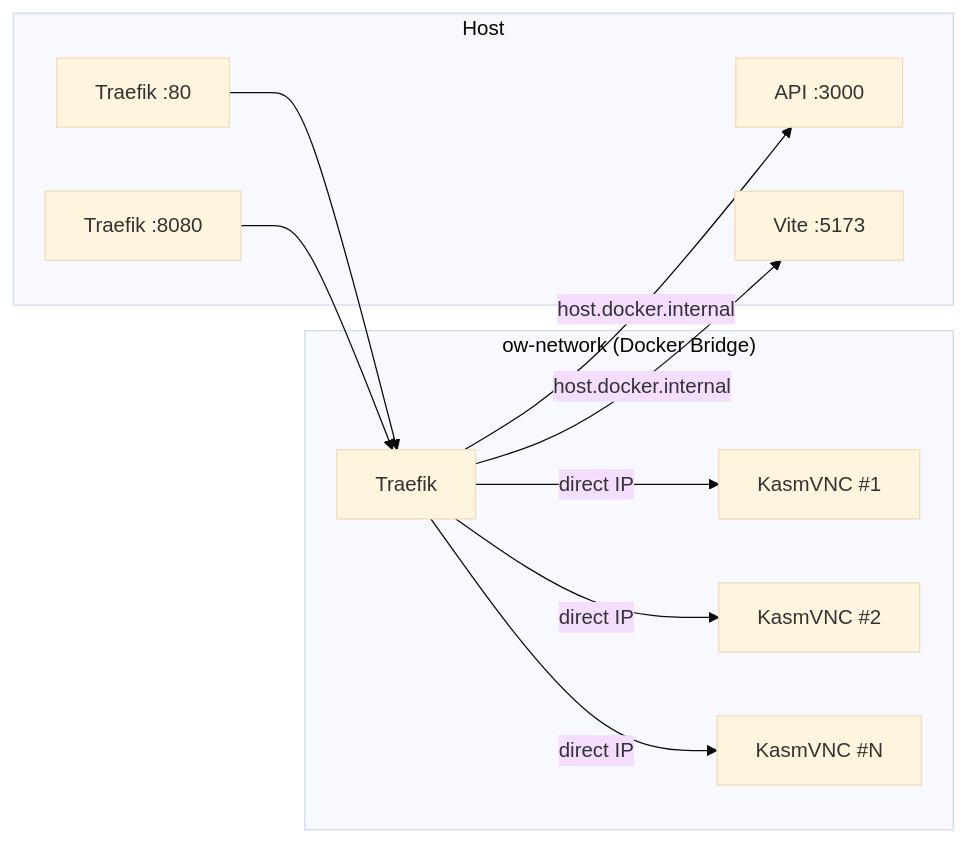
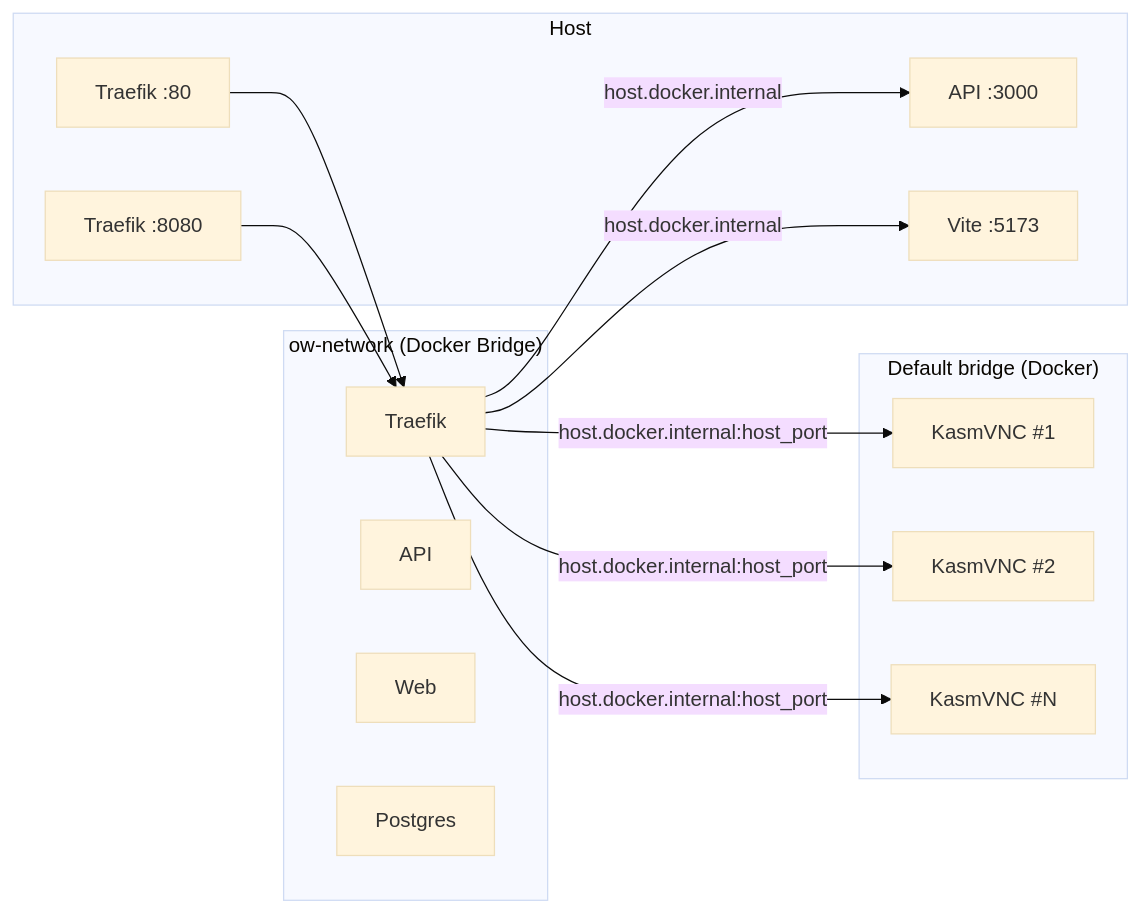
The sixth of 7 diagrams in docs/architecture.md (TsukiSama9292/OpenWorkspace-Engine), drawn with Mermaid (base theme) before and after one commit. The commit also changed other lines of this file and 69 other files, not shown here.

````diff
--- a/docs/architecture.md
+++ b/docs/architecture.md
@@ -301,24 +301,30 @@
 ```mermaid
 graph LR
     subgraph "Host"
         API_PORT["API :3000"]
         VITE_PORT["Vite :5173"]
         TRAEFIK_PORT["Traefik :80"]
         TRAEFIK_DASH["Traefik :8080"]
     end
 
     subgraph "ow-network (Docker Bridge)"
         TRAEFIK_N["Traefik"]
+        API_N["API"]
+        WEB_N["Web"]
+        DB_N["Postgres"]
+    end
+
+    subgraph "Default bridge (Docker)"
         KASM1_N["KasmVNC #1"]
         KASM2_N["KasmVNC #2"]
         KASMN_N["KasmVNC #N"]
     end
 
     TRAEFIK_PORT --> TRAEFIK_N
     TRAEFIK_DASH --> TRAEFIK_N
     TRAEFIK_N -->|"host.docker.internal"| API_PORT
     TRAEFIK_N -->|"host.docker.internal"| VITE_PORT
-    TRAEFIK_N -->|"direct IP"| KASM1_N
-    TRAEFIK_N -->|"direct IP"| KASM2_N
-    TRAEFIK_N -->|"direct IP"| KASMN_N
+    TRAEFIK_N -->|"host.docker.internal:host_port"| KASM1_N
+    TRAEFIK_N -->|"host.docker.internal:host_port"| KASM2_N
+    TRAEFIK_N -->|"host.docker.internal:host_port"| KASMN_N
 ```
````
